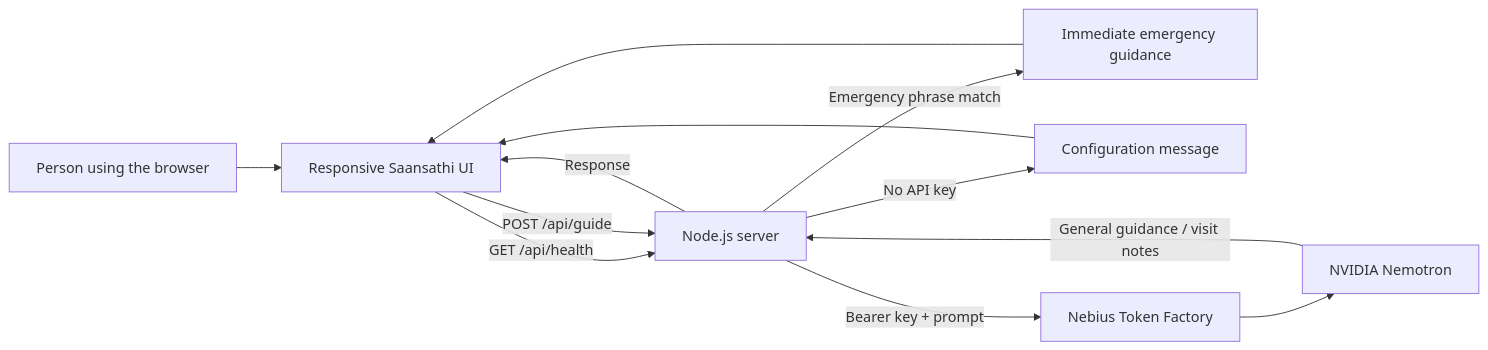
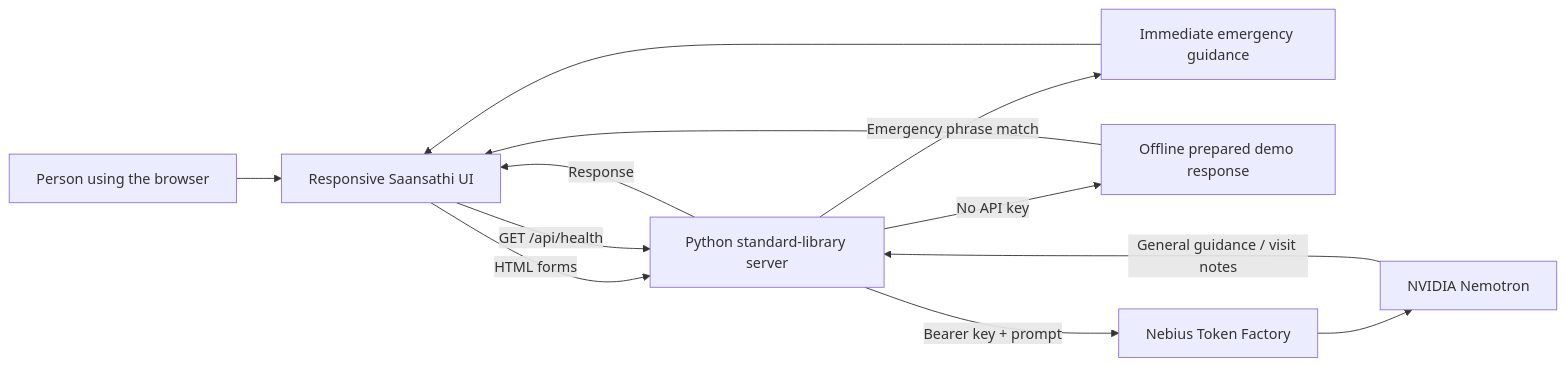
Before and after one commit to AnuragVerma777/saansathi: the diagram in README.md, drawn with Mermaid. The commit also changed other lines of this file and 11 other files, not shown here.

````diff
--- a/README.md
+++ b/README.md
@@ -37,14 +37,14 @@
 ```mermaid
 flowchart LR
     U[Person using the browser] --> UI[Responsive Saansathi UI]
-    UI -->|GET /api/health| API[Node.js server]
-    UI -->|POST /api/guide| API
+    UI -->|HTML forms| API[Python standard-library server]
+    UI -->|GET /api/health| API
     API -->|Emergency phrase match| SAFE[Immediate emergency guidance]
-    API -->|No API key| CONFIG[Configuration message]
+    API -->|No API key| CONFIG[Offline prepared demo response]
     API -->|Bearer key + prompt| NEB[Nebius Token Factory]
     NEB --> MODEL[NVIDIA Nemotron]
     MODEL -->|General guidance / visit notes| API
     SAFE --> UI
     CONFIG --> UI
     API -->|Response| UI
 ```
````
